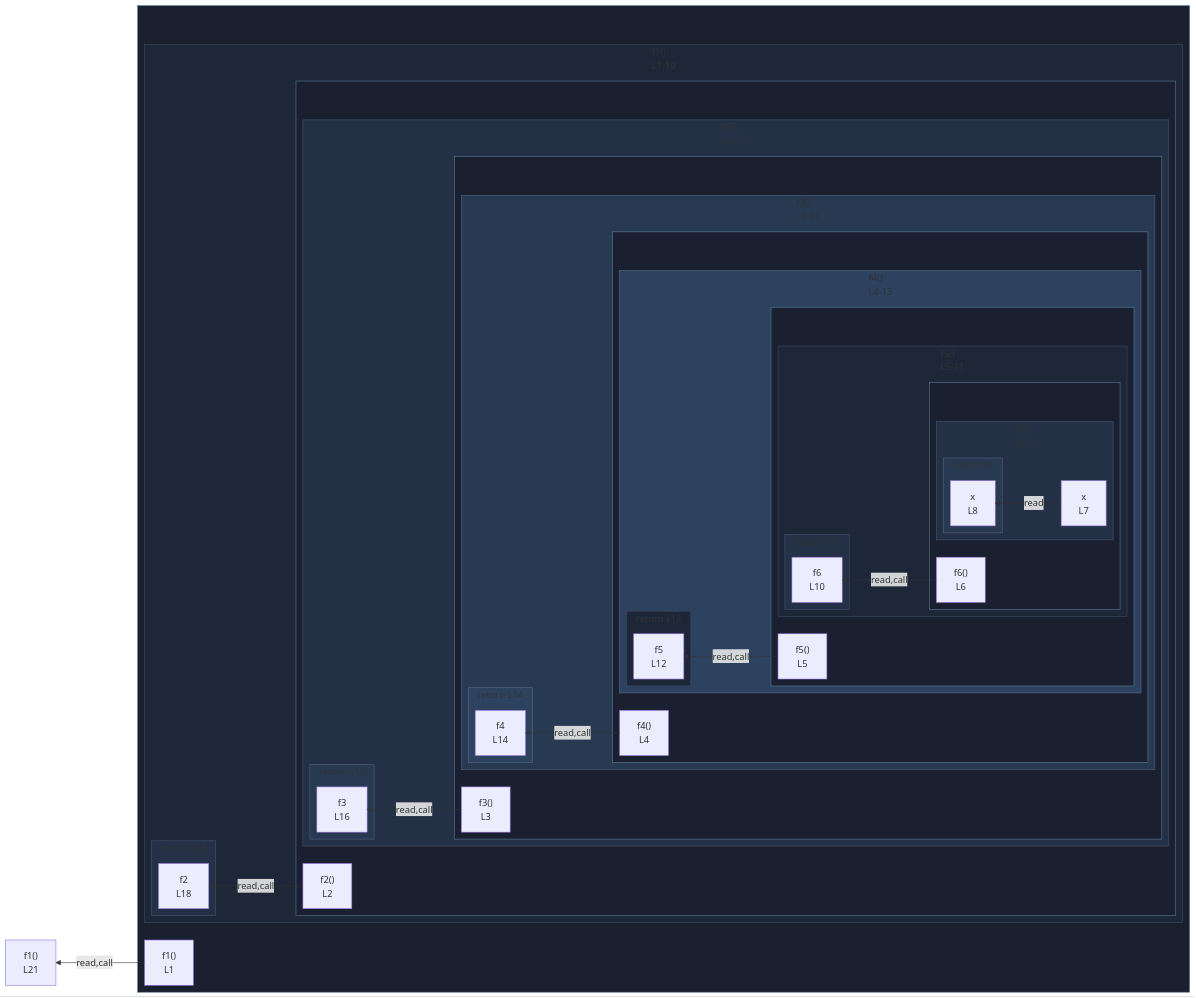
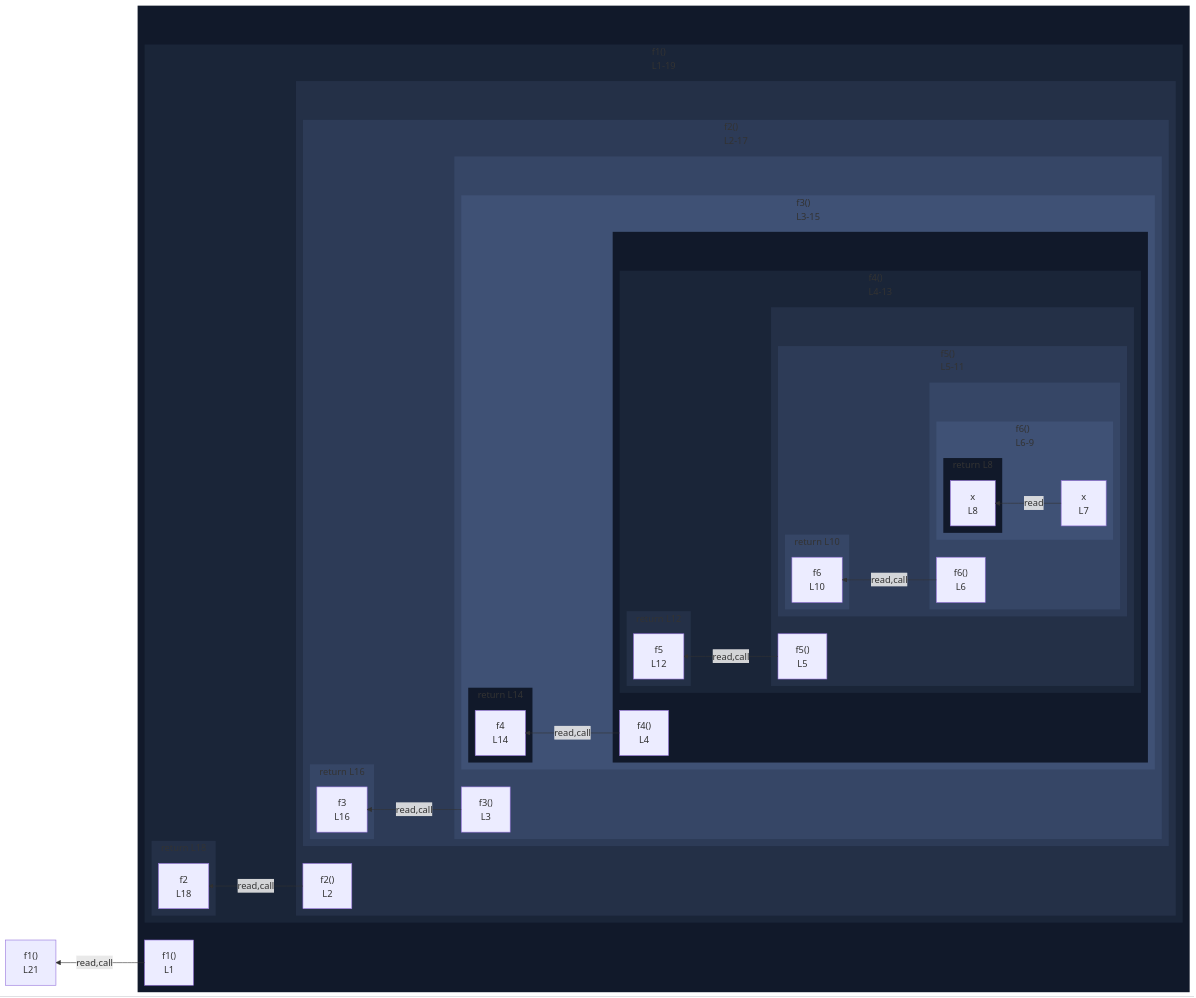
Before and after one commit to crescware/unsnarl: the diagram in integration/fixtures/app-behavior/depth/function/depth-10/preview.md, drawn with Mermaid. The commit also changed 263 other files, not shown here.

First line of the commit message:
Drop fnWrap class and color function wrappers via the nest palette

````diff
--- a/integration/fixtures/app-behavior/depth/function/depth-10/preview.md
+++ b/integration/fixtures/app-behavior/depth/function/depth-10/preview.md
@@ -106,27 +106,28 @@
   n_scope_1_f2_27 -->|read,call| ret_use_ref_6
   n_scope_0_f1_9 -->|read,call| expr_stmt_311
   expr_stmt_311["f1()<br/>L21"]
-  classDef fnWrap fill:#1a2030,stroke:#5a7d99;
-  class wrap_s_scope_1 fnWrap;
-  class wrap_s_scope_2 fnWrap;
-  class wrap_s_scope_3 fnWrap;
-  class wrap_s_scope_4 fnWrap;
-  class wrap_s_scope_5 fnWrap;
-  class wrap_s_scope_6 fnWrap;
-  classDef nestL1 fill:#1e2738,stroke:#3d4a63;
-  class s_scope_1 nestL1;
-  class s_scope_5 nestL1;
-  class s_return_scope_3_f4_69_226_238 nestL1;
-  classDef nestL2 fill:#233045,stroke:#475670;
-  class s_scope_2 nestL2;
-  class s_scope_6 nestL2;
-  class s_return_scope_4_f5_93_195_207 nestL2;
-  class s_return_scope_0_f1_9_295_307 nestL2;
-  classDef nestL3 fill:#283952,stroke:#51637d;
-  class s_scope_3 nestL3;
-  class s_return_scope_5_f6_119_163_172 nestL3;
-  class s_return_scope_1_f2_27_276_288 nestL3;
-  classDef nestL4 fill:#2d425f,stroke:#5b708a;
-  class s_scope_4 nestL4;
-  class s_return_scope_2_f3_47_253_265 nestL4;
+  classDef nestL1 fill:#11192a,stroke:transparent;
+  class wrap_s_scope_1 nestL1;
+  class wrap_s_scope_4 nestL1;
+  class s_return_scope_5_f6_119_163_172 nestL1;
+  class s_return_scope_2_f3_47_253_265 nestL1;
+  classDef nestL2 fill:#1a2538,stroke:transparent;
+  class s_scope_1 nestL2;
+  class s_scope_4 nestL2;
+  classDef nestL3 fill:#243047,stroke:transparent;
+  class wrap_s_scope_2 nestL3;
+  class wrap_s_scope_5 nestL3;
+  class s_return_scope_3_f4_69_226_238 nestL3;
+  class s_return_scope_0_f1_9_295_307 nestL3;
+  classDef nestL4 fill:#2d3b57,stroke:transparent;
+  class s_scope_2 nestL4;
+  class s_scope_5 nestL4;
+  classDef nestL5 fill:#364666,stroke:transparent;
+  class wrap_s_scope_3 nestL5;
+  class wrap_s_scope_6 nestL5;
+  class s_return_scope_4_f5_93_195_207 nestL5;
+  class s_return_scope_1_f2_27_276_288 nestL5;
+  classDef nestL6 fill:#3f5175,stroke:transparent;
+  class s_scope_3 nestL6;
+  class s_scope_6 nestL6;
 ```
````
